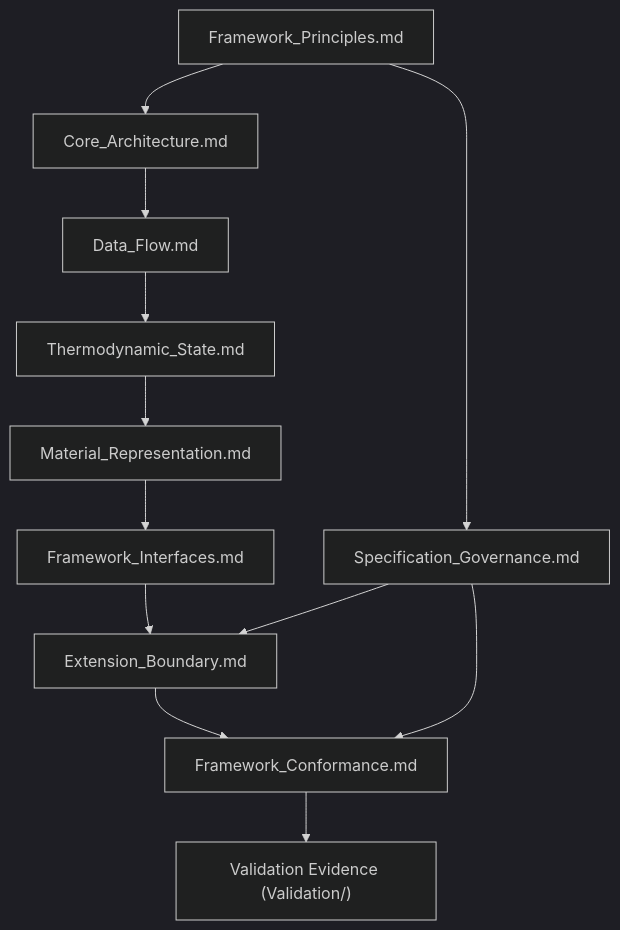
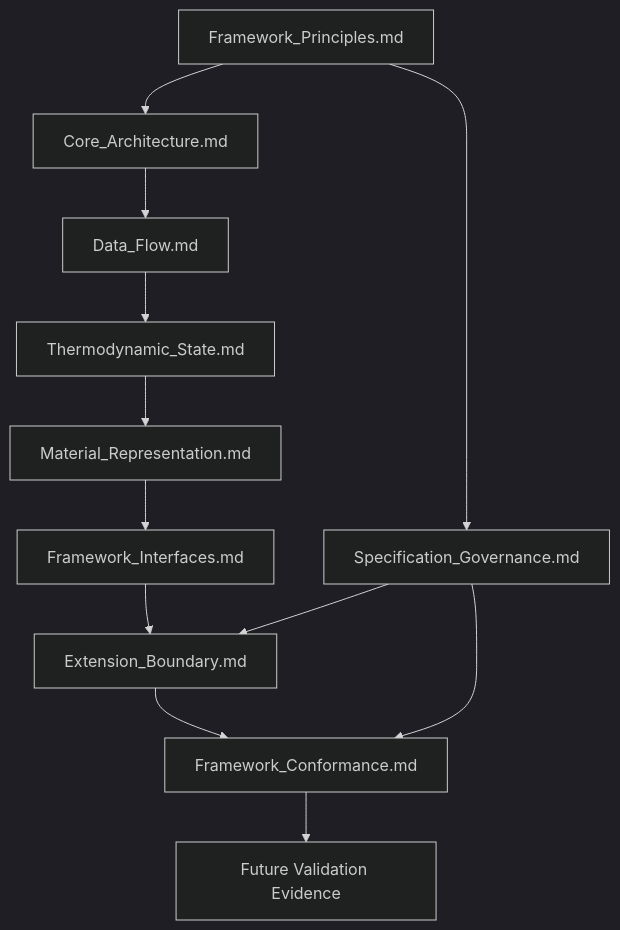
One commit to ra-an-y/ThermoCore changed the first of 2 diagrams in Documentation/Specification_Index.md. Above: the diagram before and after it, drawn with Mermaid (dark theme). The commit also changed other lines of this file and 10 other files, not shown here.

````diff
--- a/Documentation/Specification_Index.md
+++ b/Documentation/Specification_Index.md
@@ -18,25 +18,25 @@
 ```mermaid
 flowchart TD
     FP["Framework_Principles.md"]
     CA["Core_Architecture.md"]
     DF["Data_Flow.md"]
     TS["Thermodynamic_State.md"]
     MR["Material_Representation.md"]
     FI["Framework_Interfaces.md"]
     SG["Specification_Governance.md"]
     EB["Extension_Boundary.md"]
     FC["Framework_Conformance.md"]
-    VE["Validation Evidence (Validation/)"]
+    VE["Future Validation Evidence"]
 
     FP --> CA
     FP --> SG
     CA --> DF
     DF --> TS
     TS --> MR
     MR --> FI
     FI --> EB
     SG --> EB
     EB --> FC
     SG --> FC
     FC --> VE
 ```
````
